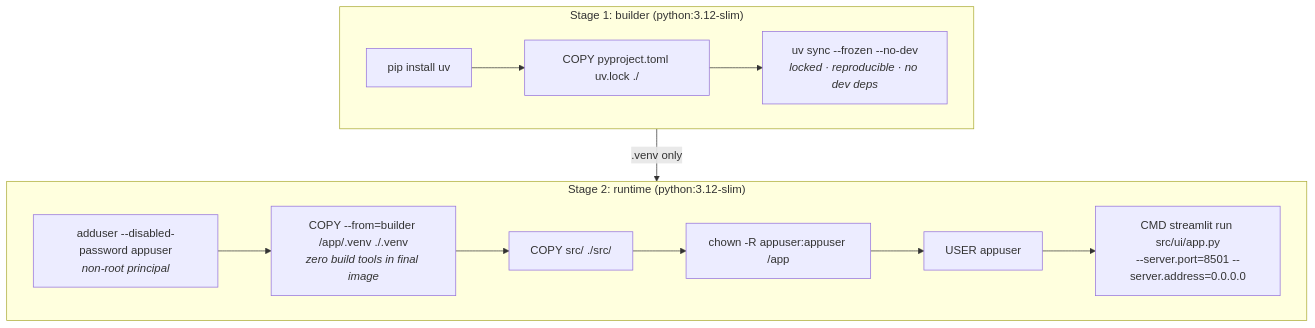
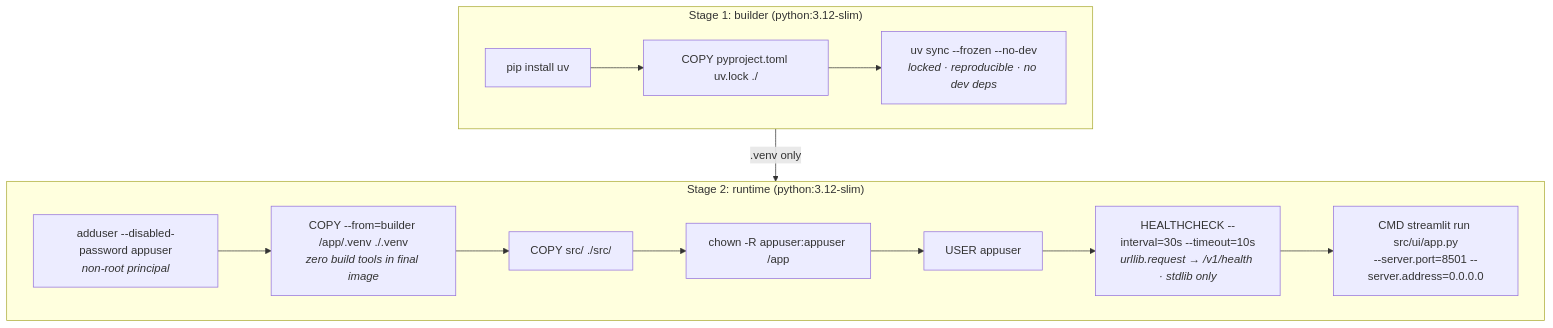
One commit to SebastianGarrido2790/ai-assistant-docker-app changed the seventh of 7 diagrams in reports/docs/architecture/system_design.md. Above: the diagram before and after it, drawn with Mermaid. The commit also changed other lines of this file and 23 other files, not shown here.

````diff
--- a/reports/docs/architecture/system_design.md
+++ b/reports/docs/architecture/system_design.md
@@ -332,21 +345,22 @@
 ```mermaid
 graph TD
     subgraph BUILDER["Stage 1: builder (python:3.12-slim)"]
         B1["pip install uv"]
         B2["COPY pyproject.toml uv.lock ./"]
         B3["uv sync --frozen --no-dev<br/><i>locked · reproducible · no dev deps</i>"]
         B1 --> B2 --> B3
     end
 
     subgraph RUNTIME["Stage 2: runtime (python:3.12-slim)"]
         R1["adduser --disabled-password appuser<br/><i>non-root principal</i>"]
         R2["COPY --from=builder /app/.venv ./.venv<br/><i>zero build tools in final image</i>"]
         R3["COPY src/ ./src/"]
         R4["chown -R appuser:appuser /app"]
         R5["USER appuser"]
-        R6["CMD streamlit run src/ui/app.py<br/>--server.port=8501 --server.address=0.0.0.0"]
-        R1 --> R2 --> R3 --> R4 --> R5 --> R6
+        R6["HEALTHCHECK --interval=30s --timeout=10s<br/><i>urllib.request → /v1/health · stdlib only</i>"]
+        R7["CMD streamlit run src/ui/app.py<br/>--server.port=8501 --server.address=0.0.0.0"]
+        R1 --> R2 --> R3 --> R4 --> R5 --> R6 --> R7
     end
 
     BUILDER -->|".venv only"| RUNTIME
 ```
````
